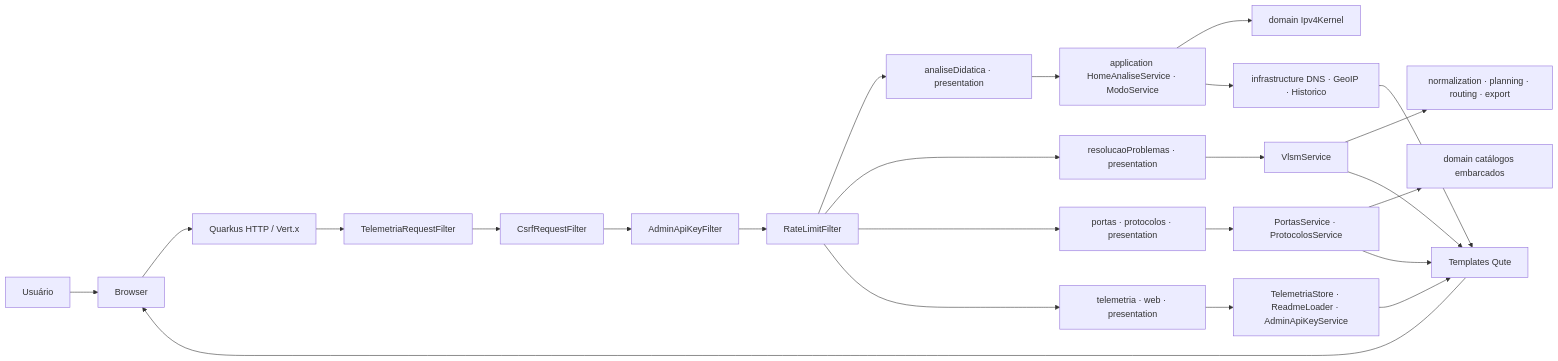
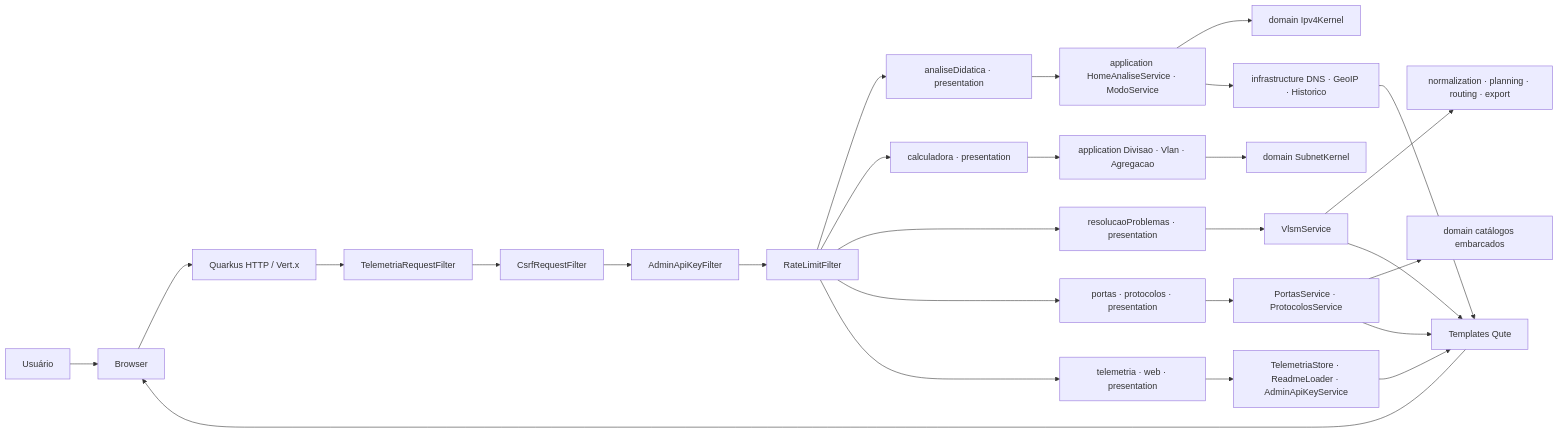
One commit to carmipa/framework-net-java-quarkus changed the first of 9 diagrams in src/main/resources/README.md. Above: the diagram before and after it, drawn with Mermaid. The commit also changed other lines of this file and 1 other file, not shown here.

First line of the commit message:
docs: indice em tabela, 3 diagramas novos e home refletindo o estado real

````diff
--- a/src/main/resources/README.md
+++ b/src/main/resources/README.md
@@ -206,26 +208,29 @@
 ```mermaid
 flowchart LR
     U[Usuário] --> W[Browser]
     W --> HTTP[Quarkus HTTP / Vert.x]
     HTTP --> F1[TelemetriaRequestFilter]
     F1 --> F2[CsrfRequestFilter]
     F2 --> F3[AdminApiKeyFilter]
     F3 --> F4[RateLimitFilter]
     F4 --> R1[analiseDidatica · presentation]
+    F4 --> R5[calculadora · presentation]
     F4 --> R2[resolucaoProblemas · presentation]
     F4 --> R3[portas · protocolos · presentation]
     F4 --> R4[telemetria · web · presentation]
     R1 --> A1[application HomeAnaliseService · ModoService]
     A1 --> D1[domain Ipv4Kernel]
     A1 --> I1[infrastructure DNS · GeoIP · Historico]
+    R5 --> A5[application Divisao · Vlan · Agregacao]
+    A5 --> D5[domain SubnetKernel]
     R2 --> A2[VlsmService]
     A2 --> A2a[normalization · planning · routing · export]
     R3 --> A3[PortasService · ProtocolosService]
     A3 --> D3[domain catálogos embarcados]
     R4 --> A4[TelemetriaStore · ReadmeLoader · AdminApiKeyService]
     I1 --> T[Templates Qute]
     A2 --> T
     A3 --> T
     A4 --> T
     T --> W
 ```
````
